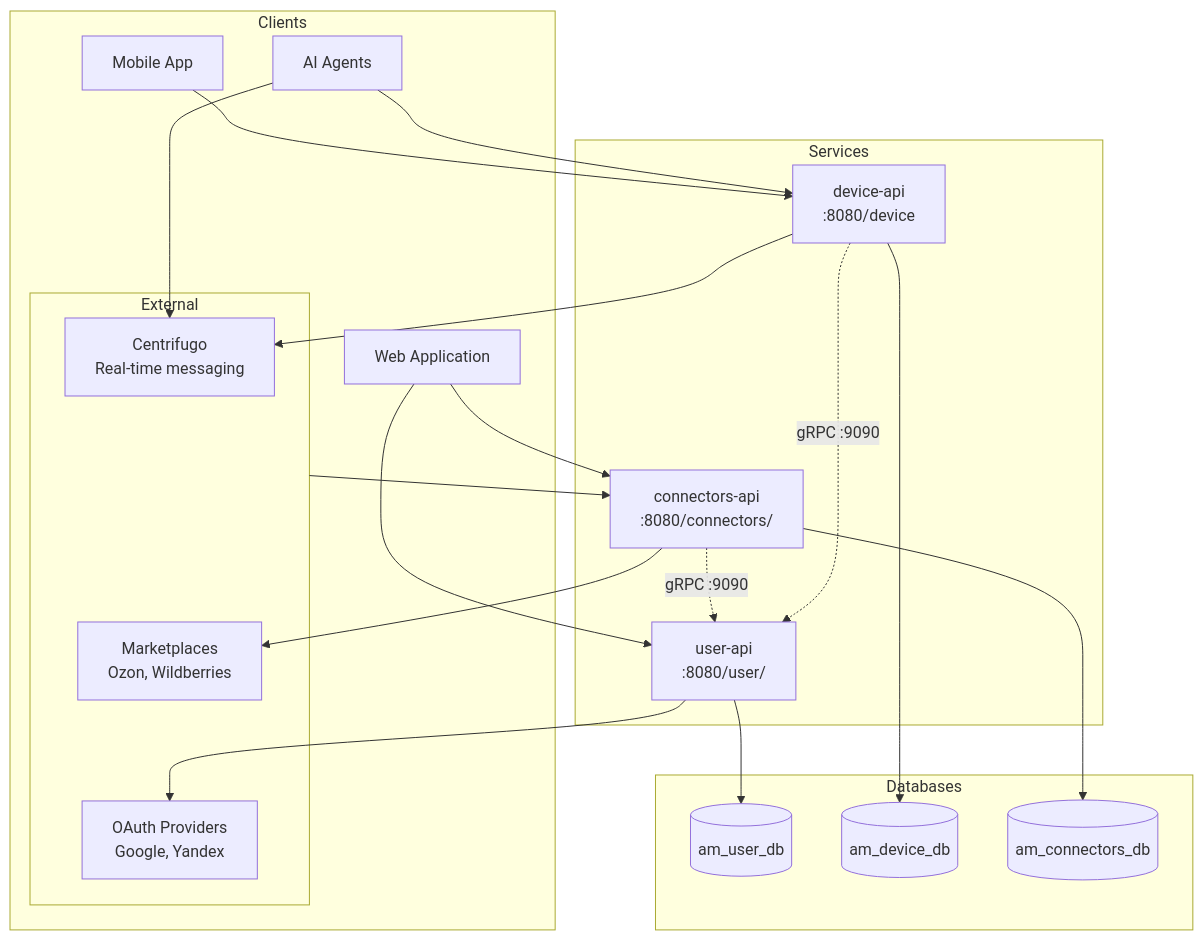
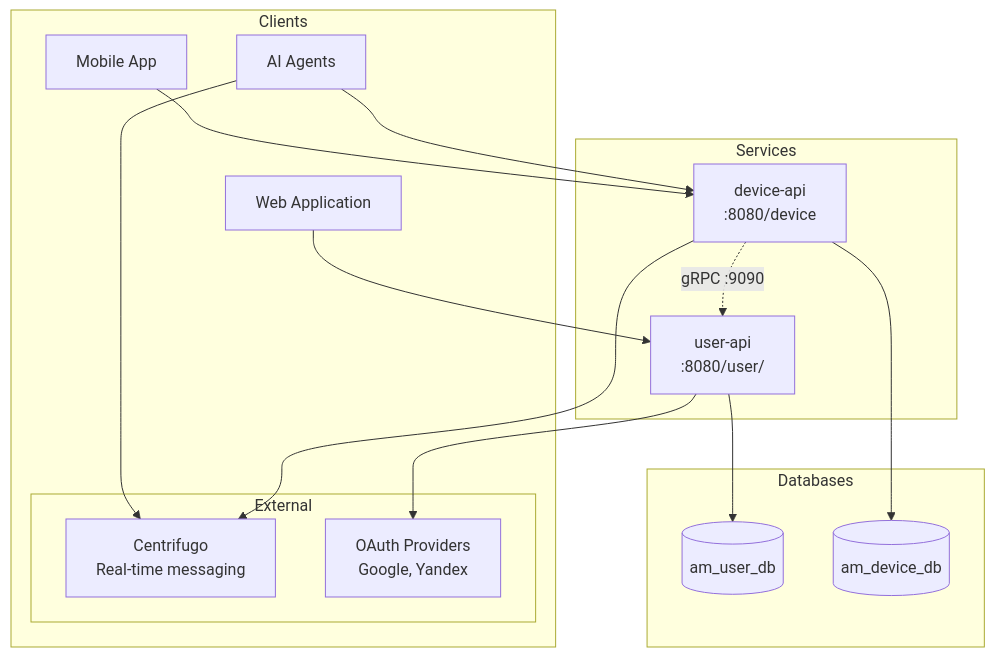
The diagram in docs/architecture.md (AgiMateIo/agimate-backend), drawn with Mermaid before and after one commit. The commit also changed other lines of this file and 80 other files, not shown here.

Commit message:
remove connectors-api

````diff
--- a/docs/architecture.md
+++ b/docs/architecture.md
@@ -5,44 +5,36 @@
 ```mermaid
 graph TB
     subgraph "Clients"
         WebApp[Web Application]
         MobileApp[Mobile App]
         External[External Systems]
         Agents[AI Agents]
     end
 
     subgraph "Services"
         UserAPI[user-api<br/>:8080/user/]
         DeviceAPI[device-api<br/>:8080/device]
-        ConnectorsAPI[connectors-api<br/>:8080/connectors/]
     end
 
     subgraph "Databases"
         UserDB[(am_user_db)]
         DeviceDB[(am_device_db)]
-        ConnectorsDB[(am_connectors_db)]
     end
 
     subgraph "External"
         Centrifugo[Centrifugo<br/>Real-time messaging]
         OAuth[OAuth Providers<br/>Google, Yandex]
-        Marketplaces[Marketplaces<br/>Ozon, Wildberries]
     end
 
     WebApp --> UserAPI
-    WebApp --> ConnectorsAPI
     MobileApp --> DeviceAPI
     Agents --> DeviceAPI
     Agents --> Centrifugo
-    External --> ConnectorsAPI
 
     UserAPI --> UserDB
     DeviceAPI --> DeviceDB
-    ConnectorsAPI --> ConnectorsDB
 
     UserAPI --> OAuth
     DeviceAPI --> Centrifugo
-    ConnectorsAPI --> Marketplaces
-    ConnectorsAPI -.->|gRPC :9090| UserAPI
     DeviceAPI -.->|gRPC :9090| UserAPI
 ```
````
